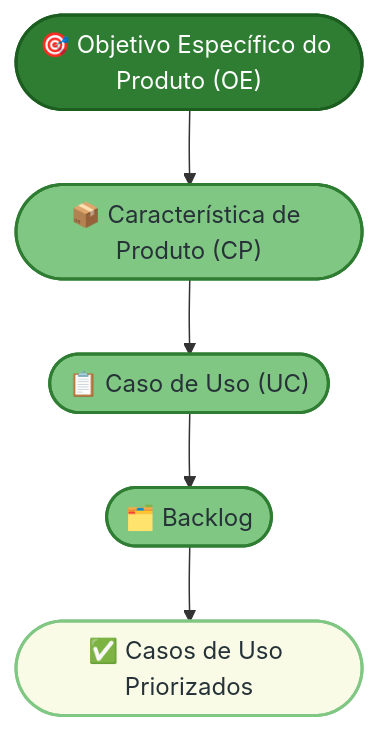
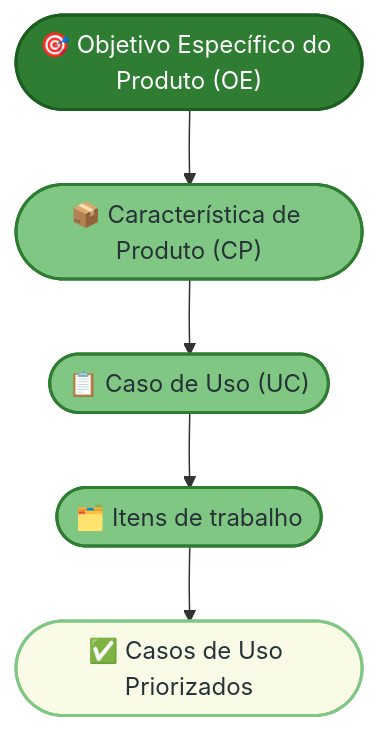
Before and after one commit to mdsreq-fga-unb/REQ-2026.1-T01-EcoQuest: the first of 2 diagrams in docs/criterios/README.md, drawn with Mermaid. The commit also changed 5 other files, not shown here.

Commit message:
refactor: update terminology and backlog references to 'itens de trabalho' across documentation

````diff
--- a/docs/criterios/README.md
+++ b/docs/criterios/README.md
@@ -11,15 +11,15 @@
 ```mermaid
 flowchart TD
     A(["🎯 Objetivo Específico do Produto (OE)"]) --> B(["📦 Característica de Produto (CP)"])
     B --> C(["📋 Caso de Uso (UC)"])
-    C --> D(["🗂️ Backlog"])
+    C --> D(["🗂️ Itens de trabalho"])
     D --> E(["✅ Casos de Uso Priorizados"])
 
     classDef objetivo fill:#2E7D32,stroke:#1b5e20,stroke-width:2px,color:#fff
     classDef execucao fill:#81C784,stroke:#2E7D32,stroke-width:2px,color:#263238
     classDef gate fill:#F9FBE7,stroke:#81C784,stroke-width:2px,color:#263238
 
     class A objetivo
     class B,C,D execucao
     class E gate
 ```
````
